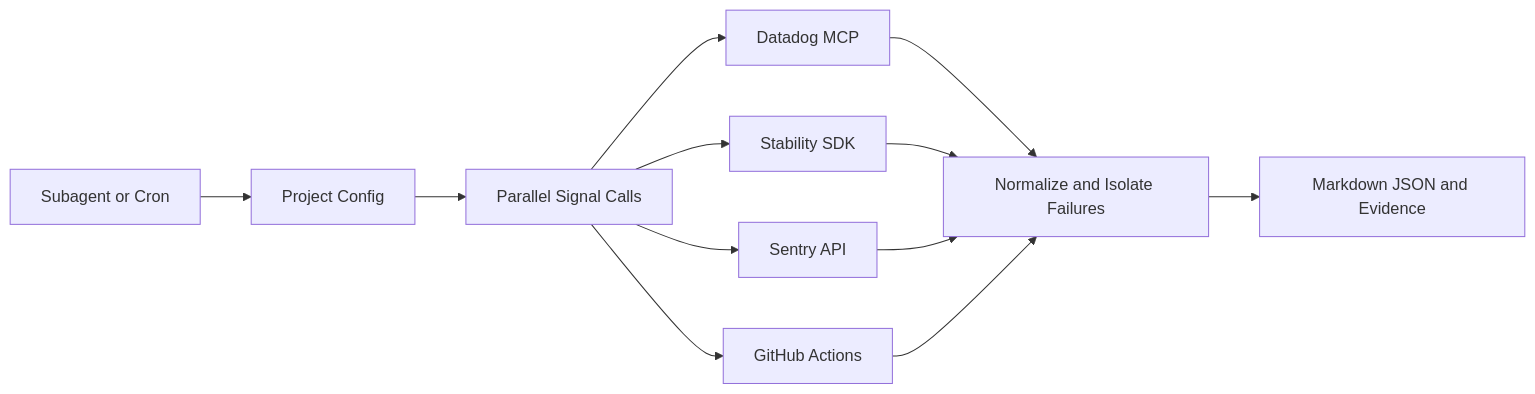
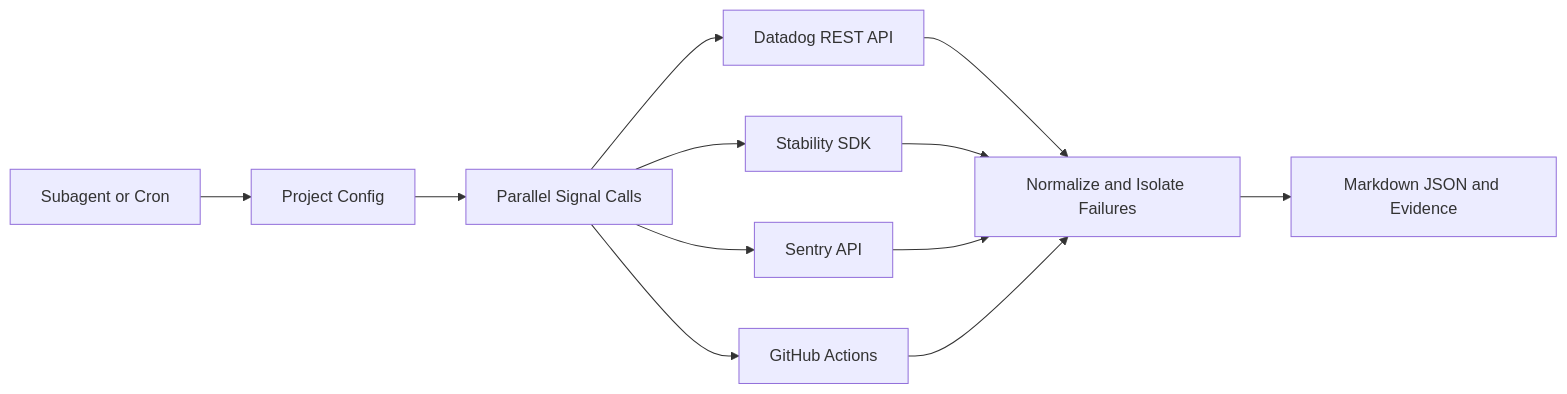
Before and after one commit to junyang-visable/monitoring-agent: the diagram in repoWiki/06_features/monitoring-agent-phase-1.md, drawn with Mermaid. The commit also changed other lines of this file and 4 other files, not shown here.

Commit message:
Document Datadog REST API integration

````diff
--- a/repoWiki/06_features/monitoring-agent-phase-1.md
+++ b/repoWiki/06_features/monitoring-agent-phase-1.md
@@ -9,14 +9,14 @@
 ```mermaid
 flowchart LR
     Trigger[Subagent or Cron] --> Config[Project Config]
     Config --> Parallel[Parallel Signal Calls]
-    Parallel --> Datadog[Datadog MCP]
+    Parallel --> Datadog[Datadog REST API]
     Parallel --> Stability[Stability SDK]
     Parallel --> Sentry[Sentry API]
     Parallel --> Patrol[GitHub Actions]
     Datadog --> Normalize[Normalize and Isolate Failures]
     Stability --> Normalize
     Sentry --> Normalize
     Patrol --> Normalize
     Normalize --> Report[Markdown JSON and Evidence]
 ```
````
